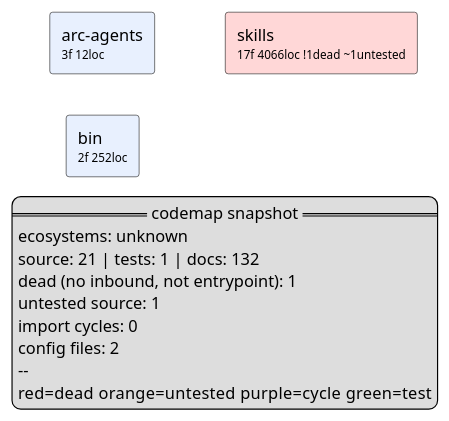
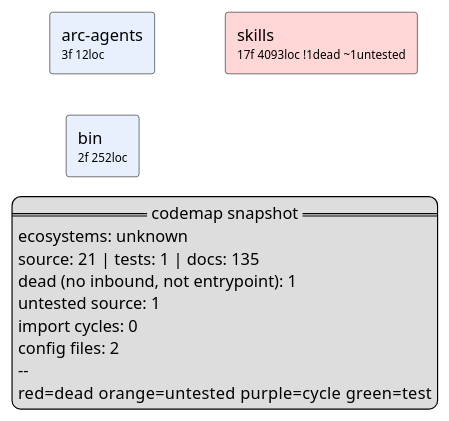
One commit to a-canary/arc-skills changed the diagram in codemap/codemap.puml. Above: the diagram before and after it, drawn with PlantUML. The commit also changed 13 other files, not shown here.

```diff
--- a/codemap/codemap.puml
+++ b/codemap/codemap.puml
@@ -1,24 +1,24 @@
 @startuml codemap
 ' generated by codemap — deterministic snapshot, do not hand-edit
 skinparam componentStyle rectangle
 skinparam shadowing false
 skinparam packageStyle rectangle
 left to right direction
 
 component "arc-agents\n<size:10>3f 12loc</size>" as arc_agents #E8F0FE
 component "bin\n<size:10>2f 252loc</size>" as bin #E8F0FE
-component "skills\n<size:10>17f 4066loc !1dead ~1untested</size>" as skills #FFD7D7
+component "skills\n<size:10>17f 4093loc !1dead ~1untested</size>" as skills #FFD7D7
 
 
 legend right
   == codemap snapshot ==
   ecosystems: unknown
-  source: 21 | tests: 1 | docs: 132
+  source: 21 | tests: 1 | docs: 135
   dead (no inbound, not entrypoint): 1
   untested source: 1
   import cycles: 0
   config files: 2
   --
   red=dead  orange=untested  purple=cycle  green=test
 endlegend
 @enduml
```
